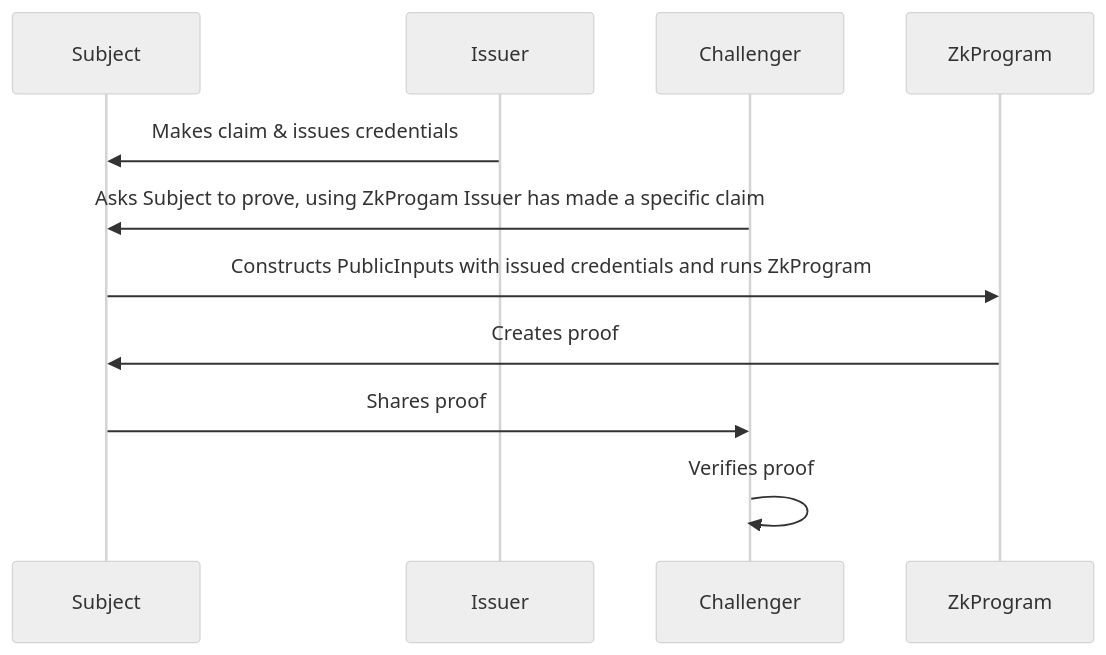
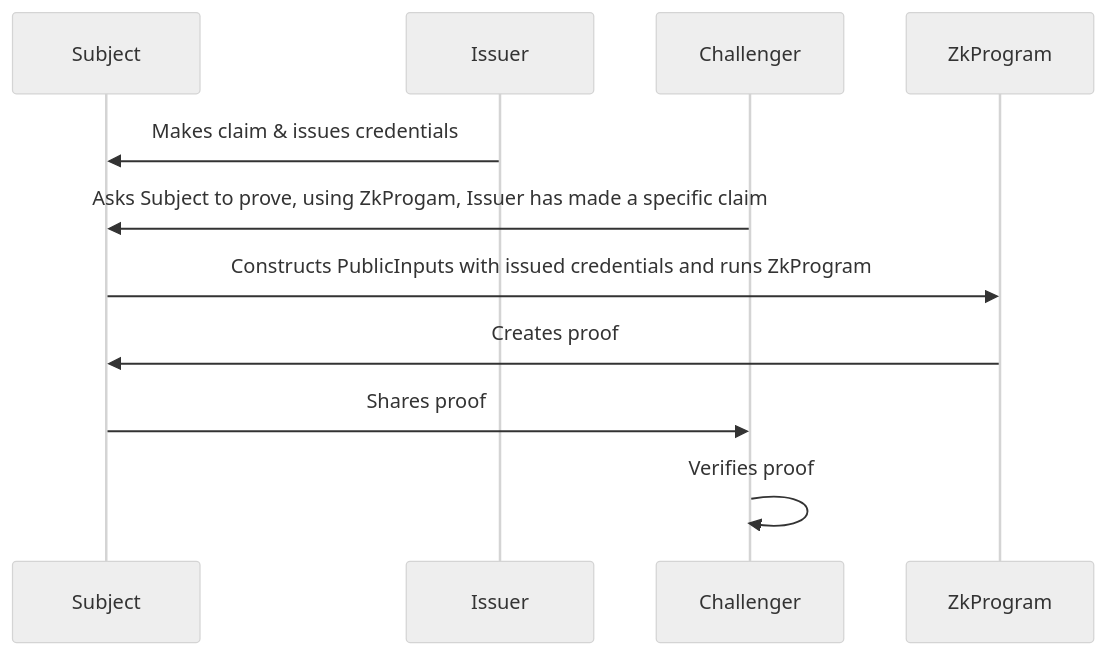
One commit to teddyjfpender/awesome-snarkyjs-learnings changed the diagram in starter-contracts/5-zk-program-credential-proof/README.md. Above: the diagram before and after it, drawn with Mermaid (neutral theme).

Commit message:
update diagram

````diff
--- a/starter-contracts/5-zk-program-credential-proof/README.md
+++ b/starter-contracts/5-zk-program-credential-proof/README.md
@@ -6,13 +6,13 @@
 ```mermaid
 sequenceDiagram
 participant Subject
 participant Issuer
 participant Challenger
 participant ZkProgram
 Issuer->>Subject: Makes claim & issues credentials
-Challenger->>Subject: Asks Subject to prove, using ZkProgam Issuer has made a specific claim
+Challenger->>Subject: Asks Subject to prove, using ZkProgam, Issuer has made a specific claim
 Subject->>ZkProgram: Constructs PublicInputs with issued credentials and runs ZkProgram
 ZkProgram->>Subject: Creates proof
 Subject->>Challenger: Shares proof
 Challenger->>Challenger: Verifies proof
 ```
````
